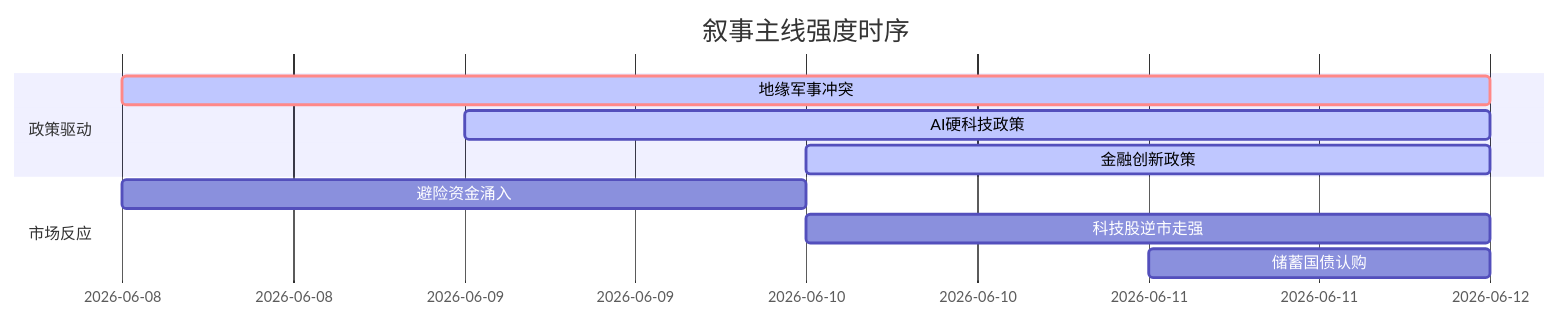
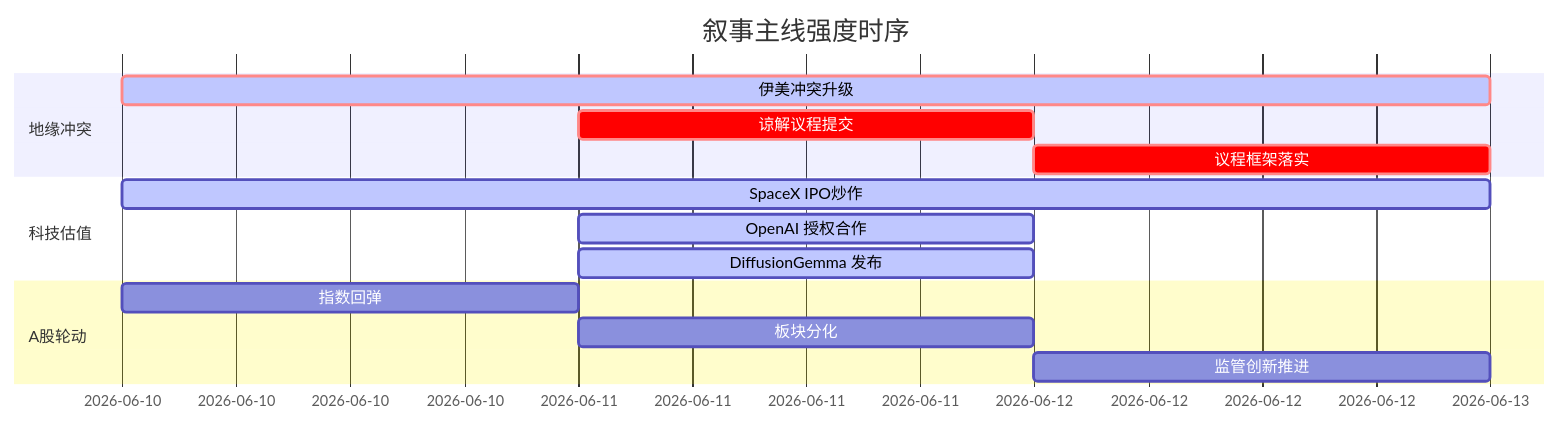
One commit to uu5zn/uu5zn.github.io changed the diagram in 5day_report.md. Above: the diagram before and after it, drawn with Mermaid. The commit also changed other lines of this file and 21 other files, not shown here.

````diff
--- a/5day_report.md
+++ b/5day_report.md
@@ -55,14 +59,19 @@
 ```mermaid
 gantt
     title 叙事主线强度时序
     dateFormat  YYYY-MM-DD
-    section 政策驱动
-    地缘军事冲突   :crit, active, 2026-06-08, 4d
-    AI硬科技政策   :active, 2026-06-09, 3d
-    金融创新政策   :active, 2026-06-10, 2d
+    section 地缘冲突
+    伊美冲突升级   :crit, active, 2026-06-10, 3d
+    谅解议程提交    :crit, 2026-06-11, 1d
+    议程框架落实    :crit, 2026-06-12, 1d
     
-    section 市场反应
-    避险资金涌入   :2026-06-08, 2d
-    科技股逆市走强   :2026-06-10, 2d
-    储蓄国债认购   :2026-06-11, 1d
+    section 科技估值
+    SpaceX IPO炒作   :active, 2026-06-10, 3d
+    OpenAI 授权合作 :active, 2026-06-11, 1d
+    DiffusionGemma 发布 :active, 2026-06-11, 1d
+    
+    section A股轮动
+    指数回弹      :2026-06-10, 1d
+    板块分化      :2026-06-11, 1d
+    监管创新推进  :2026-06-12, 1d
 ```
````
